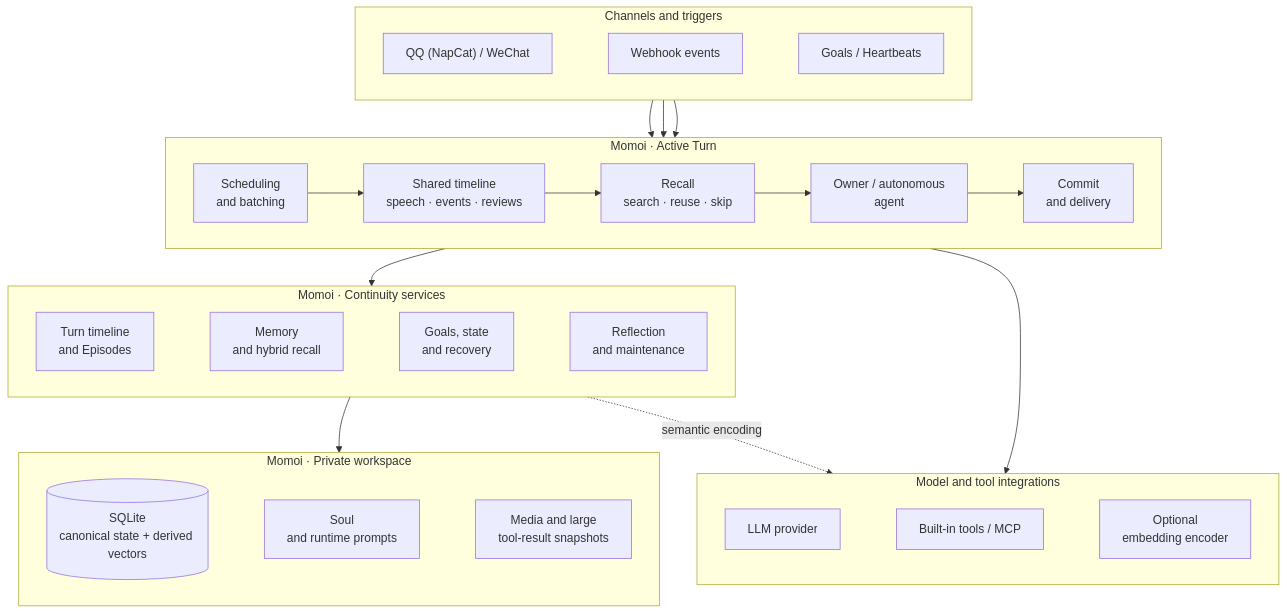
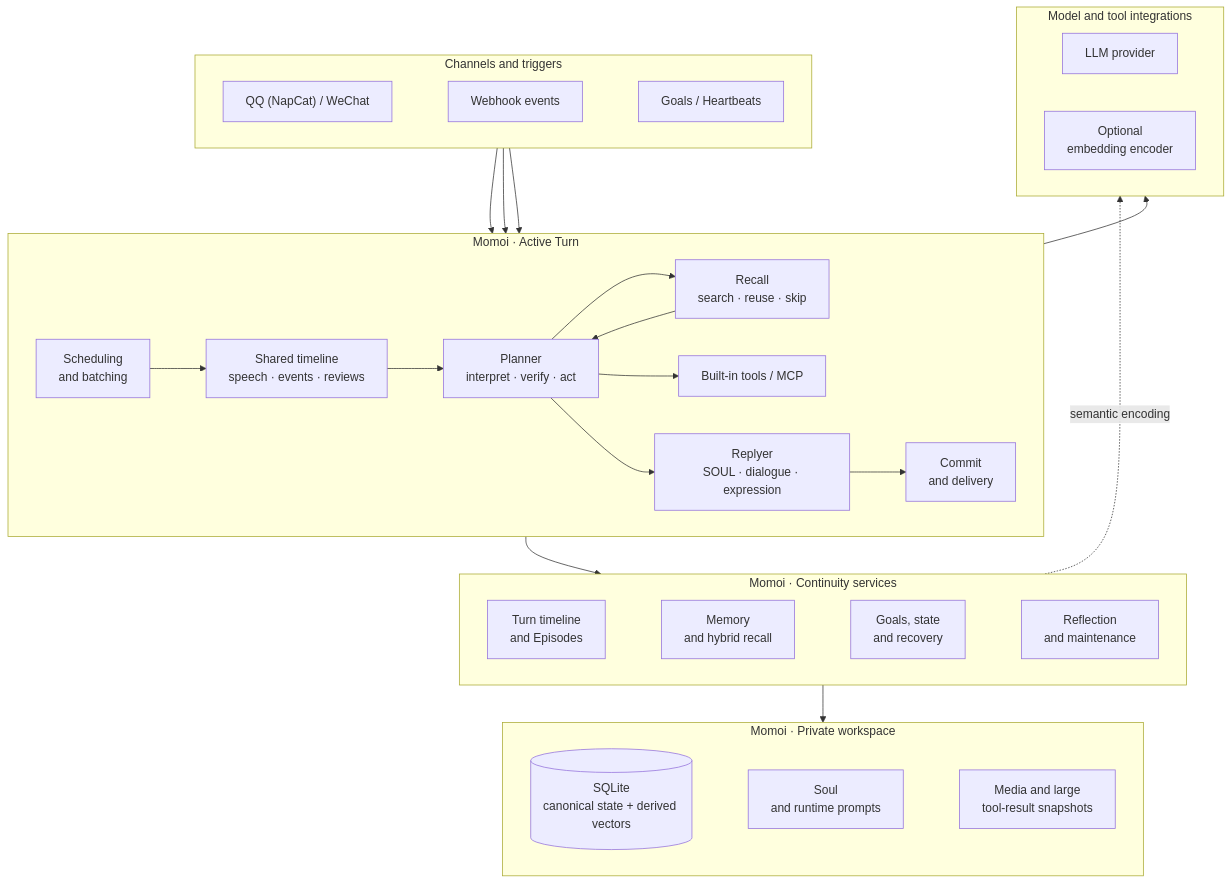
One commit to RicterZ/Momoi changed the first of 2 diagrams in README.md. Above: the diagram before and after it, drawn with Mermaid. The commit also changed other lines of this file and 1 other file, not shown here.

Commit message:
docs: refresh README for planner and replyer architecture

````diff
--- a/README.md
+++ b/README.md
@@ -52,53 +53,57 @@
 ```mermaid
 flowchart TB
   subgraph triggers["Channels and triggers"]
     direction LR
     chat["QQ (NapCat) / WeChat"]
     webhook["Webhook events"]
     clock["Goals / Heartbeats"]
     chat ~~~ webhook ~~~ clock
   end
 
   subgraph active["Momoi · Active Turn"]
     direction LR
     intake["Scheduling<br/>and batching"]
     transcript["Shared timeline<br/>speech · events · reviews"]
     context["Recall<br/>search · reuse · skip"]
-    agent["Owner / autonomous<br/>agent"]
+    agent["Planner<br/>interpret · verify · act"]
+    replyer["Replyer<br/>SOUL · dialogue · expression"]
     delivery["Commit<br/>and delivery"]
-    intake --> transcript --> context --> agent --> delivery
+    intake --> transcript --> agent
+    agent --> context --> agent
+    agent --> tools
+    agent --> replyer --> delivery
   end
 
   subgraph continuity["Momoi · Continuity services"]
     direction LR
     timeline["Turn timeline<br/>and Episodes"]
     memory["Memory<br/>and hybrid recall"]
     time["Goals, state<br/>and recovery"]
     upkeep["Reflection<br/>and maintenance"]
     timeline ~~~ memory ~~~ time ~~~ upkeep
   end
 
   subgraph workspace["Momoi · Private workspace"]
     direction LR
     sqlite[("SQLite<br/>canonical state + derived vectors")]
     prompts["Soul<br/>and runtime prompts"]
     files["Media and large<br/>tool-result snapshots"]
     sqlite ~~~ prompts ~~~ files
   end
 
   subgraph external["Model and tool integrations"]
     direction LR
     llm["LLM provider"]
     tools["Built-in tools / MCP"]
     embedding["Optional<br/>embedding encoder"]
     llm ~~~ tools ~~~ embedding
   end
 
   chat --> intake
   webhook --> intake
   clock --> intake
   active --> continuity
   continuity --> workspace
   active --> external
   continuity -. "semantic encoding" .-> external
 ```
````
